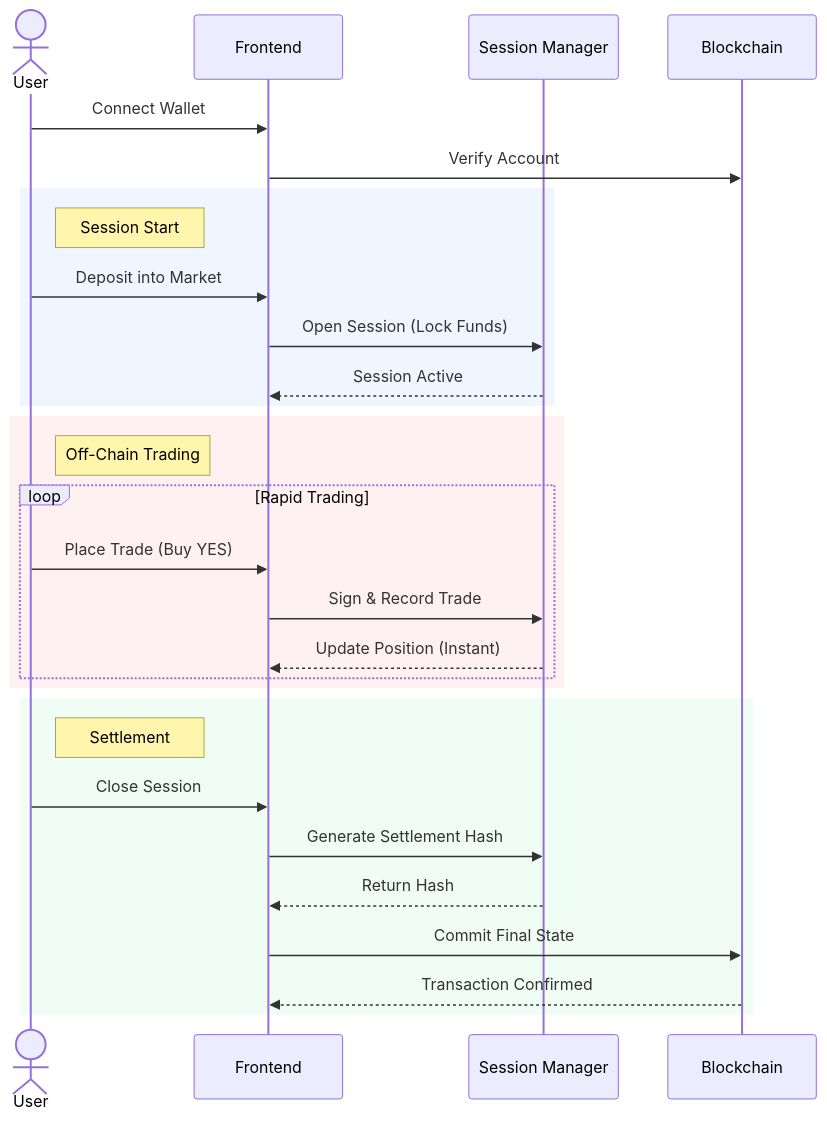
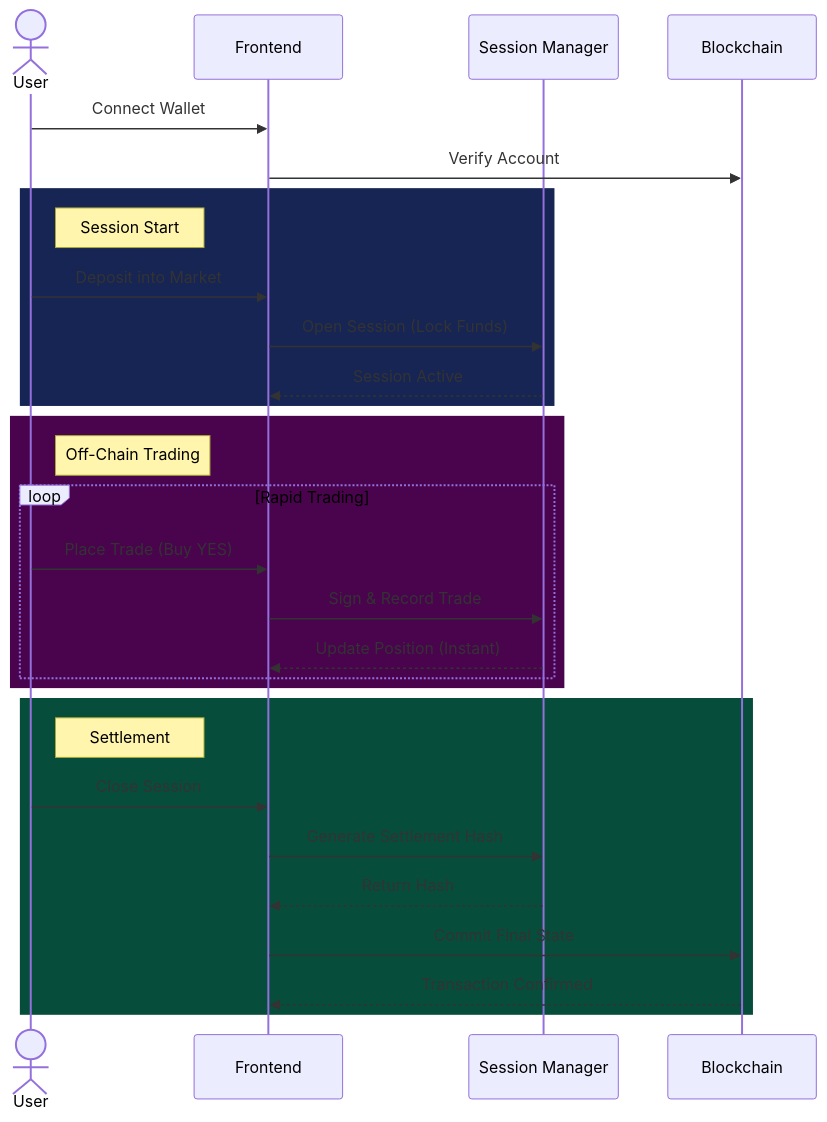
Before and after one commit to Gokul-social/ScoutX: the second of 2 diagrams in README.md, drawn with Mermaid. The commit also changed other lines of this file, not shown here.

````diff
--- a/README.md
+++ b/README.md
@@ -46,35 +46,35 @@
 ```mermaid
 sequenceDiagram
     actor User
     participant UI as Frontend
     participant SM as Session Manager
     participant Chain as Blockchain
 
     User->>UI: Connect Wallet
     UI->>Chain: Verify Account
 
-    rect rgb(239, 246, 255)
+    rect rgb(23, 37, 84)
         note right of User: Session Start
         User->>UI: Deposit into Market
         UI->>SM: Open Session (Lock Funds)
         SM-->>UI: Session Active
     end
 
-    rect rgb(255, 241, 242)
+    rect rgb(74, 4, 78)
         note right of User: Off-Chain Trading
         loop Rapid Trading
             User->>UI: Place Trade (Buy YES)
             UI->>SM: Sign & Record Trade
             SM-->>UI: Update Position (Instant)
         end
     end
 
-    rect rgb(240, 253, 244)
+    rect rgb(6, 78, 59)
         note right of User: Settlement
         User->>UI: Close Session
         UI->>SM: Generate Settlement Hash
         SM-->>UI: Return Hash
         UI->>Chain: Commit Final State
         Chain-->>UI: Transaction Confirmed
     end
 ```
````
